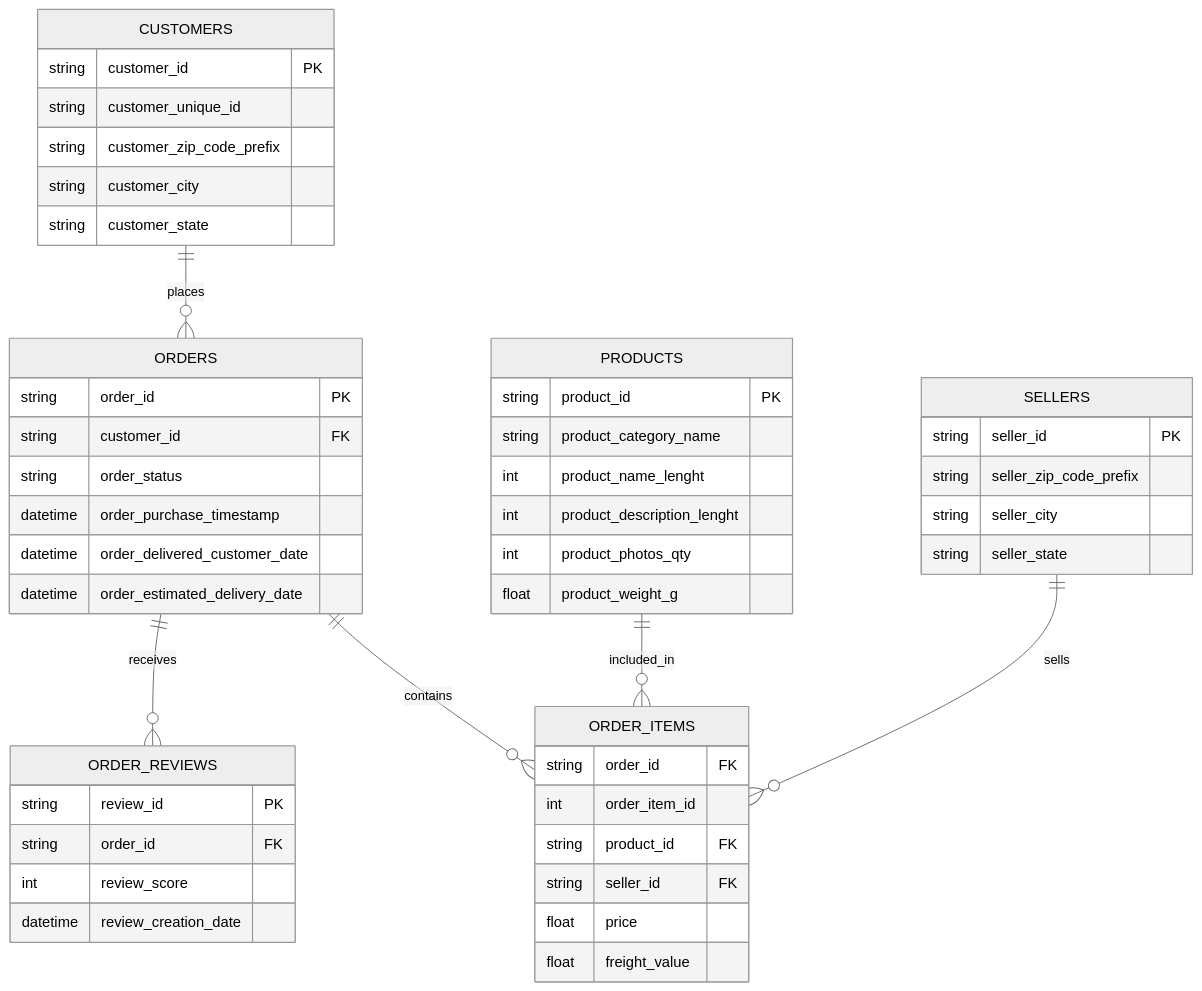
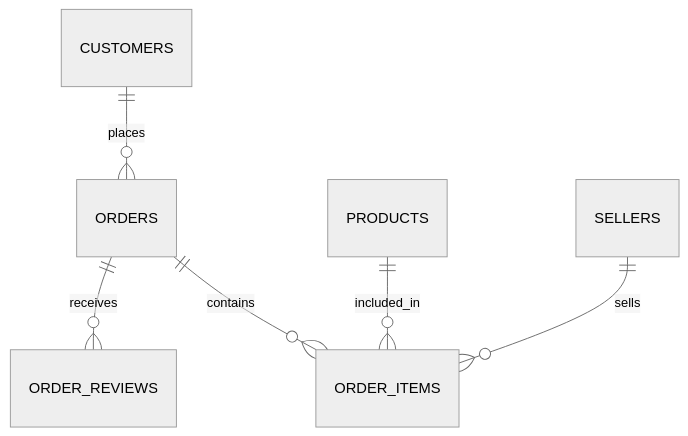
Before and after one commit to KuanChenLai/Olist-Ecommerce-Analytics: the second of 2 diagrams in README.md, drawn with Mermaid (neutral theme). The commit also changed other lines of this file and 27 other files, not shown here.

````diff
--- a/README.md
+++ b/README.md
@@ -42,57 +70,8 @@
 ```mermaid
 erDiagram
     CUSTOMERS ||--o{ ORDERS : places
     ORDERS ||--o{ ORDER_ITEMS : contains
     ORDERS ||--o{ ORDER_REVIEWS : receives
     PRODUCTS ||--o{ ORDER_ITEMS : included_in
     SELLERS ||--o{ ORDER_ITEMS : sells
-
-    CUSTOMERS {
-        string customer_id PK
-        string customer_unique_id
-        string customer_zip_code_prefix
-        string customer_city
-        string customer_state
-    }
-
-    ORDERS {
-        string order_id PK
-        string customer_id FK
-        string order_status
-        datetime order_purchase_timestamp
-        datetime order_delivered_customer_date
-        datetime order_estimated_delivery_date
-    }
-
-    ORDER_ITEMS {
-        string order_id FK
-        int order_item_id
-        string product_id FK
-        string seller_id FK
-        float price
-        float freight_value
-    }
-
-    PRODUCTS {
-        string product_id PK
-        string product_category_name
-        int product_name_lenght
-        int product_description_lenght
-        int product_photos_qty
-        float product_weight_g
-    }
-
-    SELLERS {
-        string seller_id PK
-        string seller_zip_code_prefix
-        string seller_city
-        string seller_state
-    }
-
-    ORDER_REVIEWS {
-        string review_id PK
-        string order_id FK
-        int review_score
-        datetime review_creation_date
-    }
 ```
````
